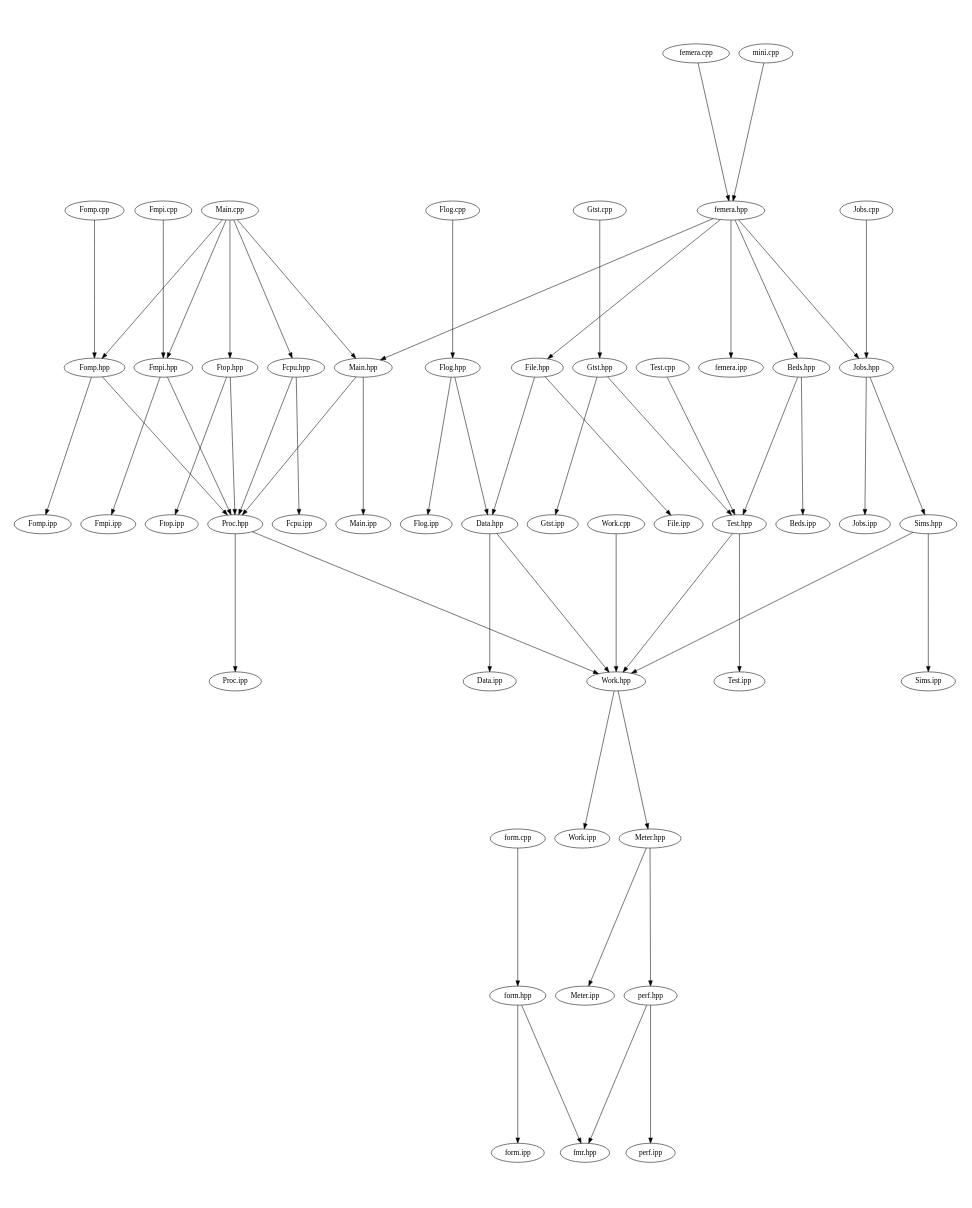
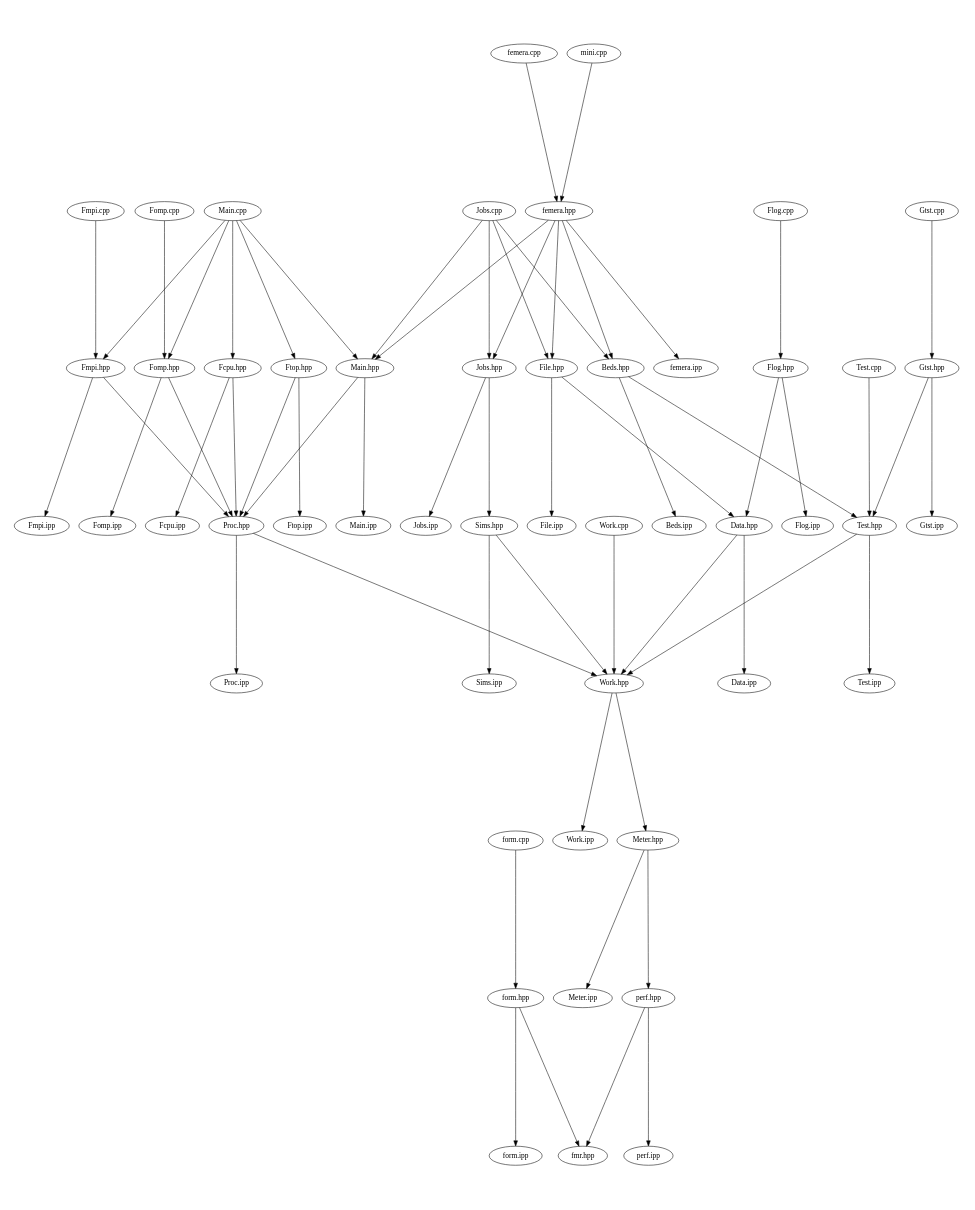
The diagram in src/docs/src-notest.dot (waggyz/femera-mini-app), drawn with Graphviz before and after one commit. The commit also changed 13 other files, not shown here.

```diff
--- a/src/docs/src-notest.dot
+++ b/src/docs/src-notest.dot
@@ -1,64 +1,67 @@
 digraph "source tree" {
     overlap=scale;
     size="8,10";
     ratio="fill";
     fontsize="16";
     fontname="Helvetica";
 	clusterrank="local";
 	"femera.hpp" -> "Jobs.hpp"
 	"Meter.hpp" -> "perf.hpp"
 	"Main.cpp" -> "Fomp.hpp"
 	"Sims.hpp" -> "Work.hpp"
 	"femera.cpp" -> "femera.hpp"
 	"Fmpi.hpp" -> "Fmpi.ipp"
 	"Sims.hpp" -> "Sims.ipp"
 	"Jobs.hpp" -> "Jobs.ipp"
 	"Fomp.cpp" -> "Fomp.hpp"
 	"Main.cpp" -> "Main.hpp"
 	"Proc.hpp" -> "Proc.ipp"
 	"Main.cpp" -> "Fmpi.hpp"
 	"Main.cpp" -> "Fcpu.hpp"
 	"Ftop.hpp" -> "Ftop.ipp"
 	"perf.hpp" -> "fmr.hpp"
 	"Data.hpp" -> "Data.ipp"
 	"Work.hpp" -> "Work.ipp"
 	"Main.cpp" -> "Ftop.hpp"
 	"Fmpi.hpp" -> "Proc.hpp"
 	"Test.hpp" -> "Work.hpp"
 	"form.hpp" -> "form.ipp"
 	"Gtst.cpp" -> "Gtst.hpp"
 	"femera.hpp" -> "femera.ipp"
 	"femera.hpp" -> "Main.hpp"
+	"Jobs.cpp" -> "File.hpp"
 	"Fcpu.hpp" -> "Proc.hpp"
 	"Fomp.hpp" -> "Proc.hpp"
 	"femera.hpp" -> "File.hpp"
 	"Flog.hpp" -> "Data.hpp"
 	"File.hpp" -> "File.ipp"
 	"Meter.hpp" -> "Meter.ipp"
 	"Fomp.hpp" -> "Fomp.ipp"
 	"Gtst.hpp" -> "Gtst.ipp"
+	"Jobs.cpp" -> "Beds.hpp"
 	"form.cpp" -> "form.hpp"
+	"Jobs.cpp" -> "Main.hpp"
 	"perf.hpp" -> "perf.ipp"
 	"Fmpi.cpp" -> "Fmpi.hpp"
 	"Fcpu.hpp" -> "Fcpu.ipp"
 	"Work.cpp" -> "Work.hpp"
 	"Main.hpp" -> "Main.ipp"
 	"Test.cpp" -> "Test.hpp"
 	"femera.hpp" -> "Beds.hpp"
 	"Jobs.hpp" -> "Sims.hpp"
 	"Jobs.cpp" -> "Jobs.hpp"
 	"Ftop.hpp" -> "Proc.hpp"
 	"File.hpp" -> "Data.hpp"
 	"mini.cpp" -> "femera.hpp"
 	"Beds.hpp" -> "Test.hpp"
 	"Proc.hpp" -> "Work.hpp"
 	"form.hpp" -> "fmr.hpp"
 	"Gtst.hpp" -> "Test.hpp"
 	"Flog.cpp" -> "Flog.hpp"
 	"Data.hpp" -> "Work.hpp"
 	"Beds.hpp" -> "Beds.ipp"
 	"Work.hpp" -> "Meter.hpp"
 	"Main.hpp" -> "Proc.hpp"
 	"Flog.hpp" -> "Flog.ipp"
 	"Test.hpp" -> "Test.ipp"
 }
```
